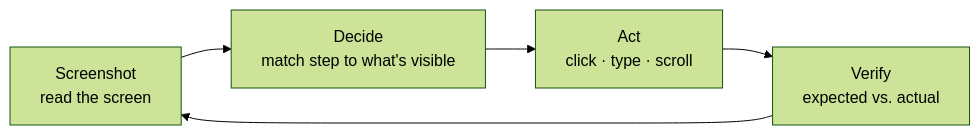
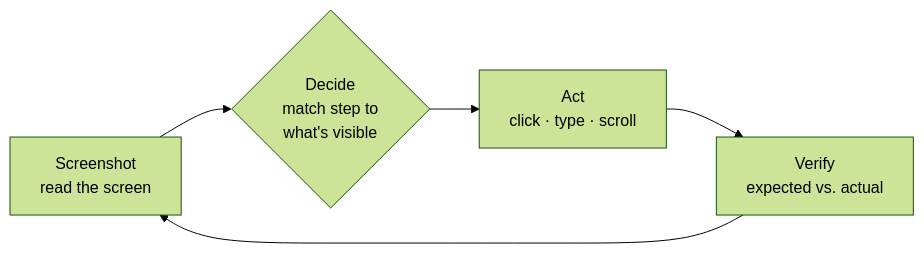
One commit to askui/docs-rewrite changed the diagram in content/docs/concepts/how-askui-works.mdx. Above: the diagram before and after it, drawn with Mermaid (forest theme). The commit also changed other lines of this file and 9 other files, not shown here.

````diff
--- a/content/docs/concepts/how-askui-works.mdx
+++ b/content/docs/concepts/how-askui-works.mdx
@@ -16,7 +16,7 @@
 ```mermaid
 flowchart LR
-  A[Screenshot<br/>read the screen] --> B[Decide<br/>match step to what's visible]
+  A[Screenshot<br/>read the screen] --> B{"Decide<br/>match step to<br/>what's visible"}
   B --> C[Act<br/>click · type · scroll]
   C --> D[Verify<br/>expected vs. actual]
   D --> A
 ```
````
